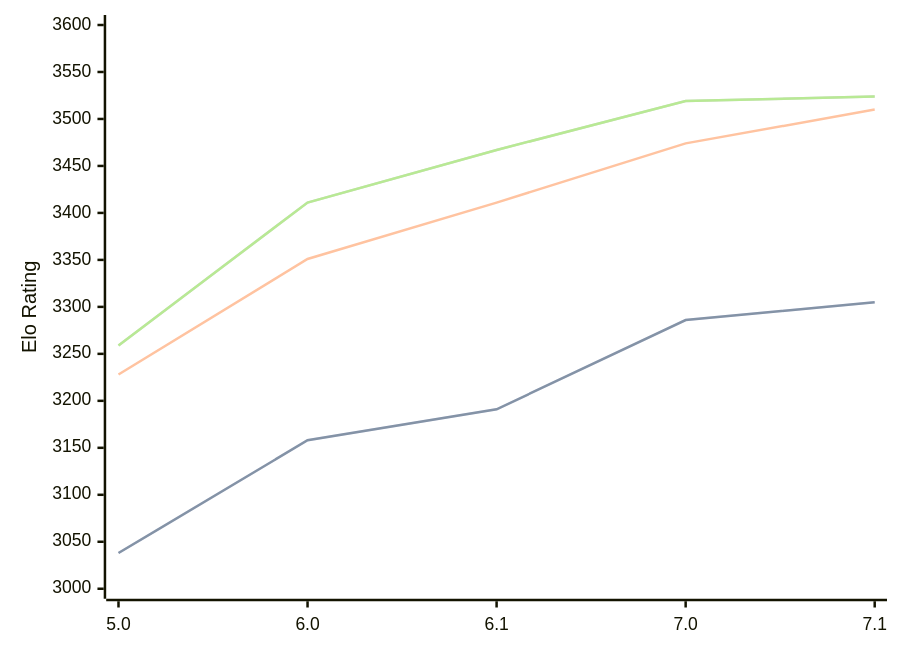
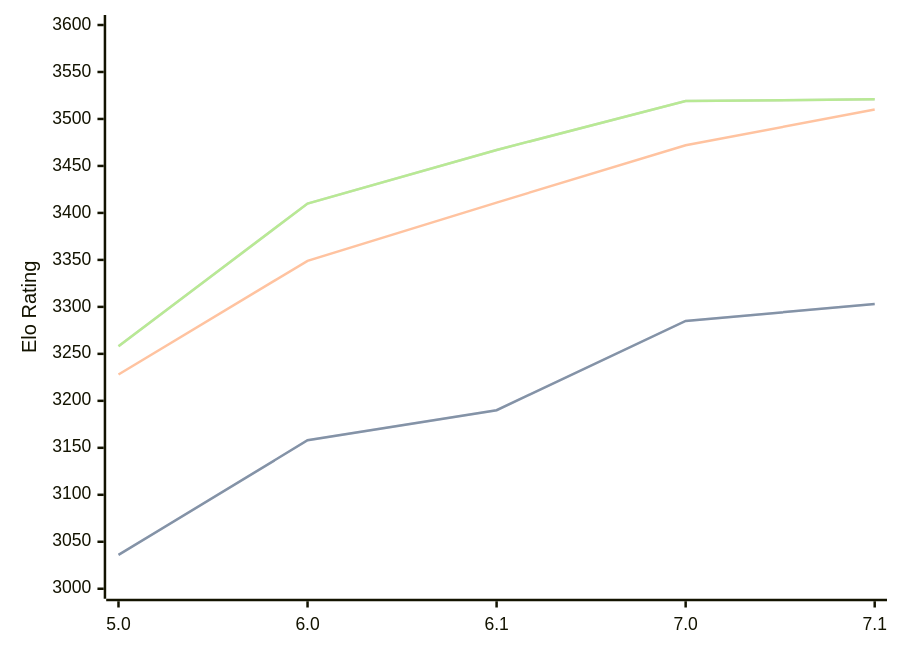
One commit to computer-chess-index/cci changed the diagram in engines/PZChessBot.md. Above: the diagram before and after it, drawn with Mermaid. The commit also changed other lines of this file, not shown here.

Commit message:
Update CCI Ratings (ELO VLTC) - 2026-08-03

````diff
--- a/engines/PZChessBot.md
+++ b/engines/PZChessBot.md
@@ -44,11 +44,11 @@
 ```mermaid
 %%{init: {"theme":"base","themeVariables":{"seriesColors:['#a3a3a3','#222221','#faa371']}}}%%
 xychart-beta
   x-axis ["5.0", "6.0", "6.1", "7.0", "7.1"]
   y-axis "Elo Rating" 3000 --> 3600
-  line "STC (8.0+0.08s)" [3038, 3158, 3191, 3286, 3305]
-  line "STC (8.0+0.08s)" [3038, 3158, 3191, 3286, 3305]
-  line "LTC (60.0+0.60s)" [3228, 3351, 3411, 3474, 3510]
-  line "VLTC (2m24s+1.12s)" [3259, 3411, 3467, 3519, 3524]
-  line "VLTC (2m24s+1.12s)" [3259, 3411, 3467, 3519, 3524]
+  line "STC (8.0+0.08s)" [3036, 3158, 3190, 3285, 3303]
+  line "STC (8.0+0.08s)" [3036, 3158, 3190, 3285, 3303]
+  line "LTC (60.0+0.60s)" [3228, 3349, 3411, 3472, 3510]
+  line "VLTC (2m24s+1.12s)" [3258, 3410, 3467, 3519, 3521]
+  line "VLTC (2m24s+1.12s)" [3258, 3410, 3467, 3519, 3521]
 ```
````
